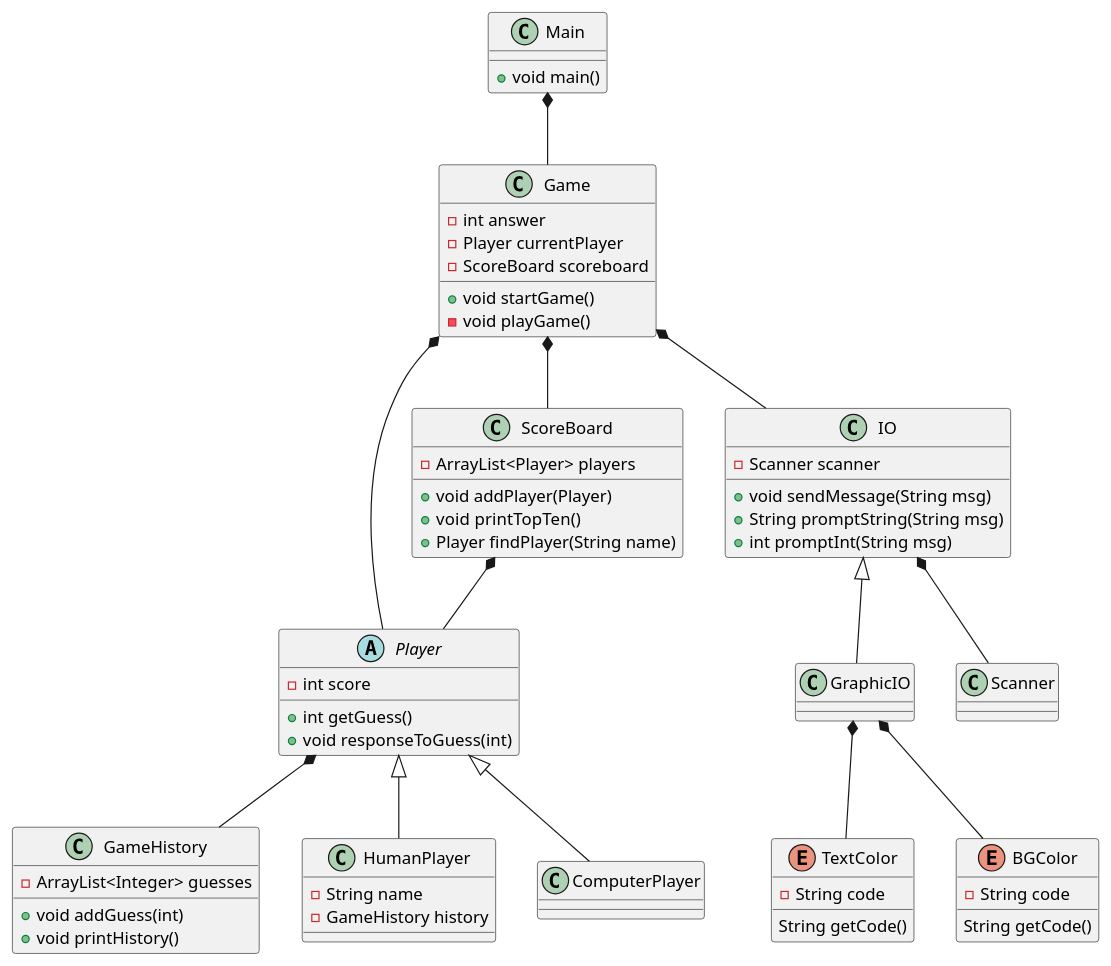
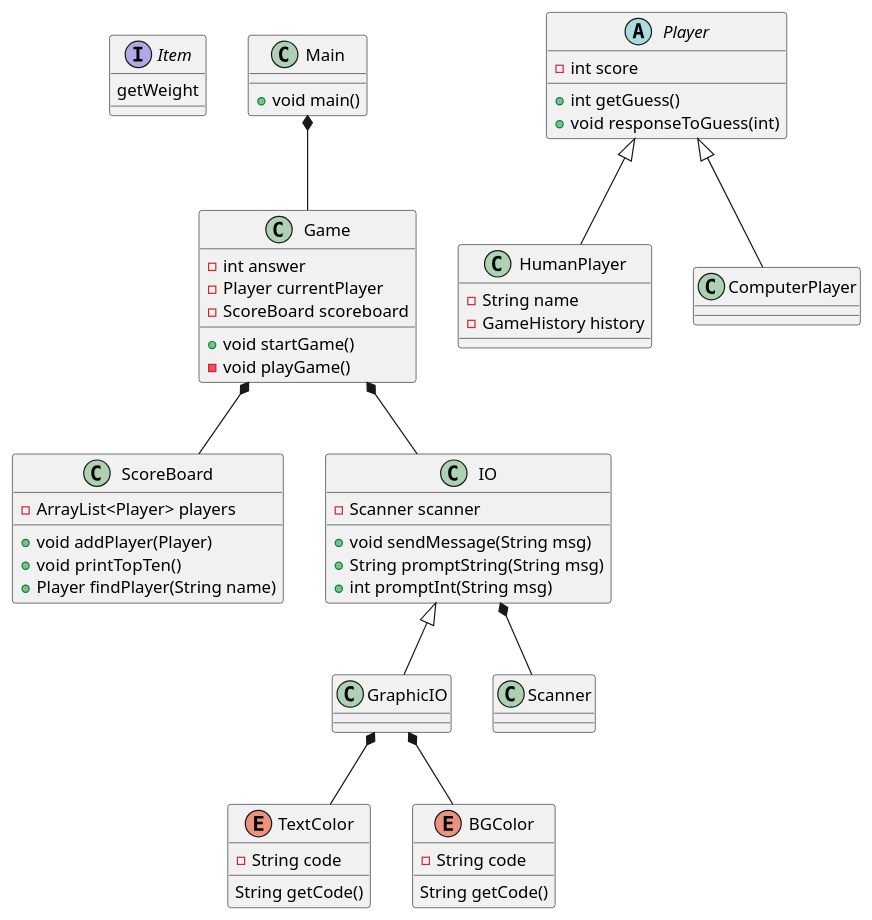
The diagram in documentation/numbergame.puml (Dat1Cphbusiness/spring2026), drawn with PlantUML before and after one commit. The commit also changed 14 other files, not shown here.

```diff
--- a/documentation/numbergame.puml
+++ b/documentation/numbergame.puml
@@ -1,82 +1,83 @@
 @startuml
 'https://plantuml.com/class-diagram
+interface Item{
+    getWeight
+}
+
 
 class Game{
     - int answer
     - Player currentPlayer
     - ScoreBoard scoreboard
     + void startGame()
     - void playGame()
 }
 
-class GameHistory{
-    - ArrayList<Integer> guesses
-    + void addGuess(int)
-    + void printHistory()
-}
+
+
 
 abstract class Player{
     - int score
     + int getGuess()
     + void responseToGuess(int)
 }
 
 class HumanPlayer{
     - String name
     - GameHistory history
 }
 
 class ComputerPlayer{
 
 }
 
 
 
 class ScoreBoard{
     - ArrayList<Player> players
     + void addPlayer(Player)
     + void printTopTen()
     + Player findPlayer(String name)
 }
 
 class IO{
     - Scanner scanner
     + void sendMessage(String msg)
     + String promptString(String msg)
     + int promptInt(String msg)
 }
 
 class GraphicIO{}
 
 class Main{
     + void main()
 }
 
 class Scanner{}
 
 enum TextColor{
     - String code
     String getCode()
 }
 
 enum BGColor{
     - String code
     String getCode()
 }
 
 
 
 IO *-- Scanner
 Game *-- IO
-Game *-- Player
+
 Main *-- Game
 IO <|-- GraphicIO
 Game *-- ScoreBoard
-ScoreBoard *-- Player
+
 GraphicIO *-- TextColor
 GraphicIO *-- BGColor
-Player *-- GameHistory
+
 Player <|-- HumanPlayer
 Player <|-- ComputerPlayer
 
 @enduml
```
